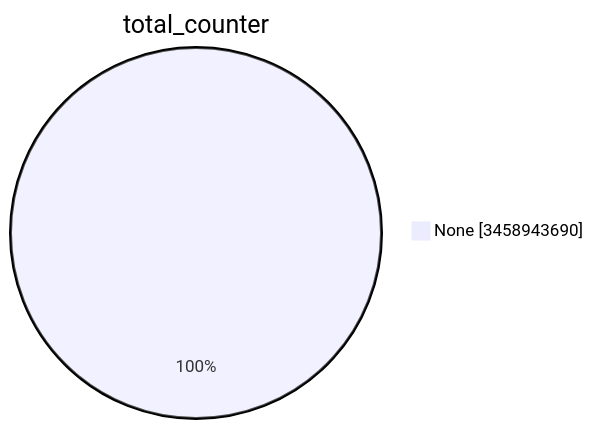
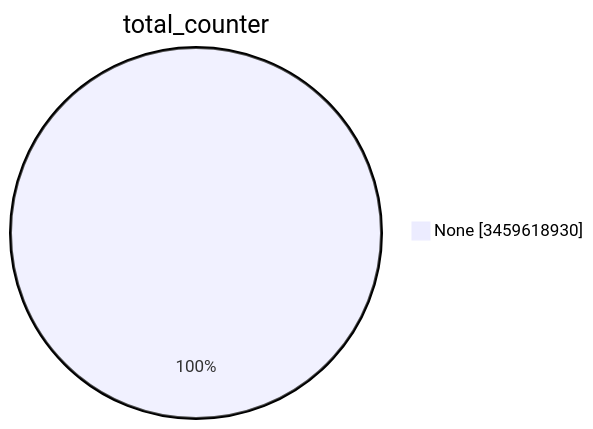
The first of 15 diagrams in TOTAL/README.md (christiankrug/ctmonitor_visualization), drawn with Mermaid before and after one commit. The commit also changed other lines of this file, not shown here.

````diff
--- a/TOTAL/README.md
+++ b/TOTAL/README.md
@@ -1,5 +1,5 @@
 ```mermaid
 pie showData
 title total_counter
-"None" :3458943690
+"None" :3459618930
 ```
````
